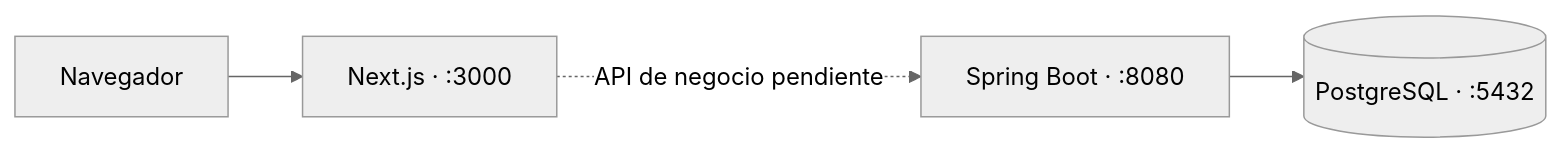
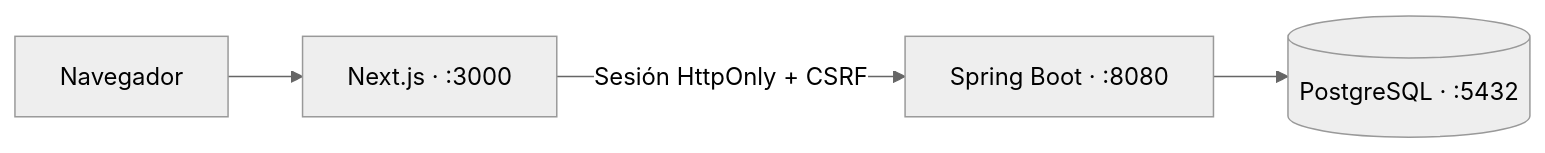
The diagram in README.md (Cosmichomeless/FORGE), drawn with Mermaid (neutral theme) before and after one commit. The commit also changed other lines of this file and 1 other file, not shown here.

````diff
--- a/README.md
+++ b/README.md
@@ -19,6 +19,6 @@
 ```mermaid
 flowchart LR
   Browser[Navegador] --> UI[Next.js · :3000]
-  UI -. API de negocio pendiente .-> API[Spring Boot · :8080]
+  UI -->|Sesión HttpOnly + CSRF| API[Spring Boot · :8080]
   API --> DB[(PostgreSQL · :5432)]
 ```
````
